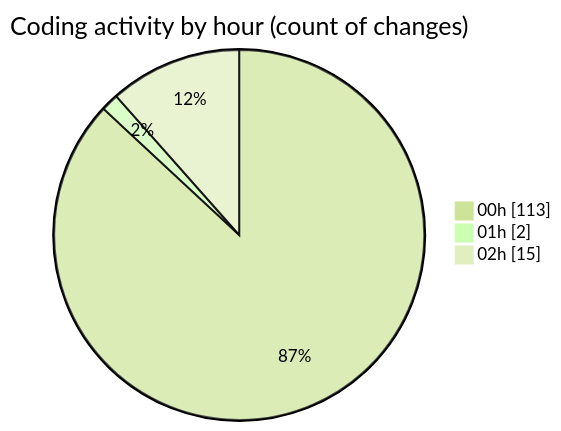
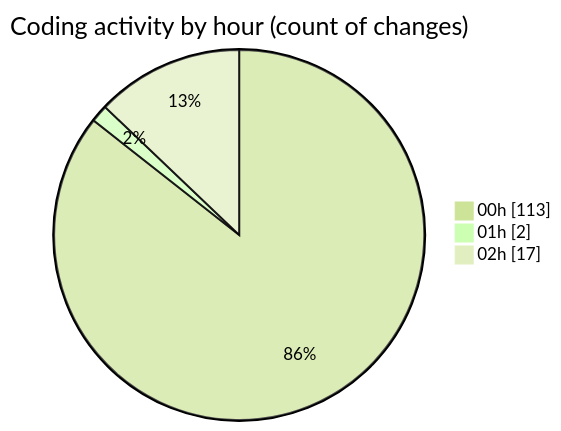
Before and after one commit to lephambinh05/code-tracking: the second of 2 diagrams in 2025-08-06/napxuvn/README.md, drawn with Mermaid (forest theme). The commit also changed other lines of this file and 1 other file, not shown here.

````diff
--- a/2025-08-06/napxuvn/README.md
+++ b/2025-08-06/napxuvn/README.md
@@ -99,7 +100,7 @@
 ```mermaid
 pie showData
 title Coding activity by hour (count of changes)
 "00h" : 113
 "01h" : 2
-"02h" : 15
+"02h" : 17
 ```
````
